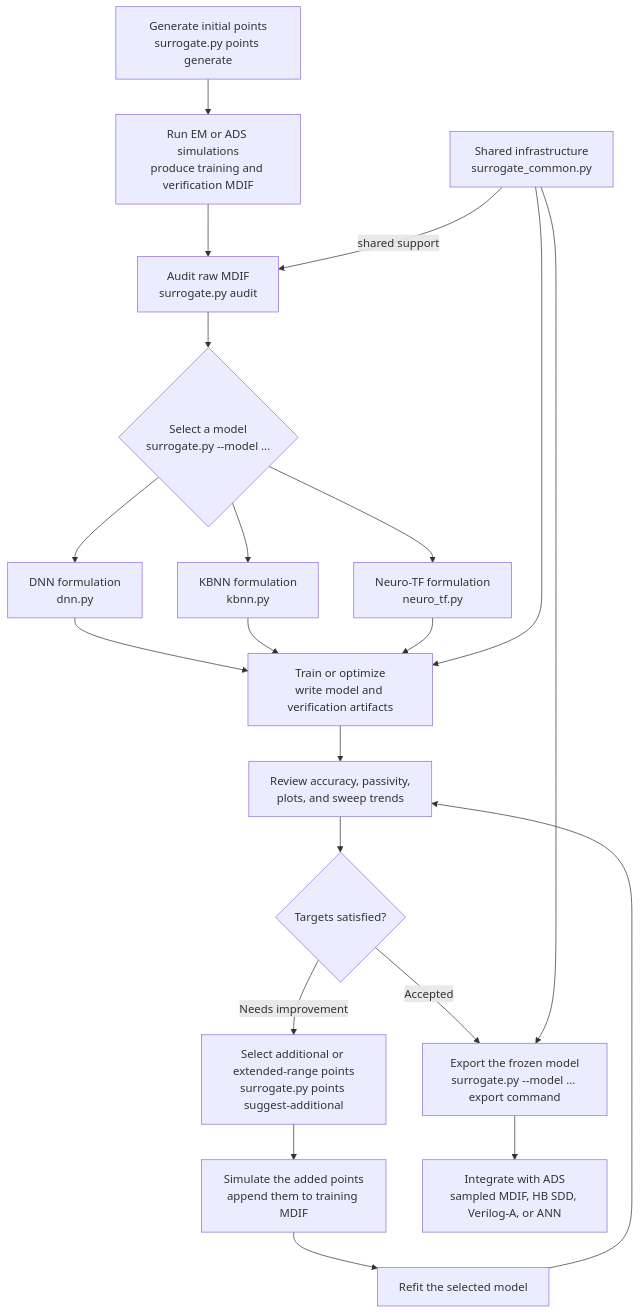
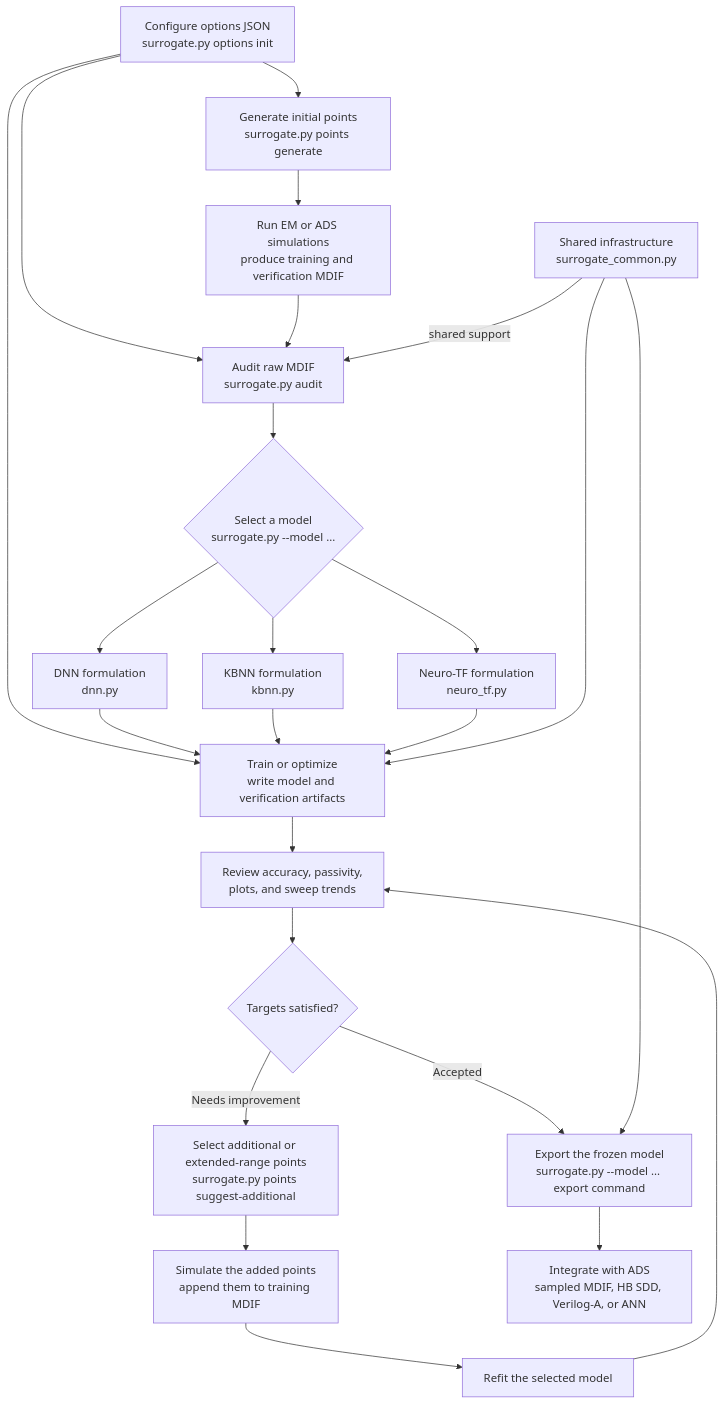
Before and after one commit to whipstein/ads-ann-surrogate: the diagram in README.md, drawn with Mermaid. The commit also changed other lines of this file and 5 other files, not shown here.

````diff
--- a/README.md
+++ b/README.md
@@ -8,55 +8,60 @@
 ```mermaid
 flowchart TD
+    CONFIG["Configure options JSON<br/>surrogate.py options init"]
     POINTS["Generate initial points<br/>surrogate.py points generate"]
     SIM["Run EM or ADS simulations<br/>produce training and verification MDIF"]
     AUDIT["Audit raw MDIF<br/>surrogate.py audit"]
     CLI{"Select a model<br/>surrogate.py --model ..."}
 
     DNN["DNN formulation<br/>dnn.py"]
     KBNN["KBNN formulation<br/>kbnn.py"]
     NTF["Neuro-TF formulation<br/>neuro_tf.py"]
     FIT["Train or optimize<br/>write model and verification artifacts"]
     VERIFY["Review accuracy, passivity,<br/>plots, and sweep trends"]
     ACCEPT{"Targets satisfied?"}
 
     UPDATE["Select additional or extended-range points<br/>surrogate.py points suggest-additional"]
     SIMNEW["Simulate the added points<br/>append them to training MDIF"]
     REFIT["Refit the selected model"]
 
     EXPORT["Export the frozen model<br/>surrogate.py --model ... export command"]
     ADS["Integrate with ADS<br/>sampled MDIF, HB SDD, Verilog-A, or ANN"]
     COMMON["Shared infrastructure<br/>surrogate_common.py"]
 
+    CONFIG --> POINTS
+    CONFIG --> AUDIT
+    CONFIG --> FIT
     POINTS --> SIM --> AUDIT --> CLI
     CLI --> DNN
     CLI --> KBNN
     CLI --> NTF
     DNN --> FIT
     KBNN --> FIT
     NTF --> FIT
     FIT --> VERIFY --> ACCEPT
     ACCEPT -->|Needs improvement| UPDATE
     UPDATE --> SIMNEW --> REFIT --> VERIFY
     ACCEPT -->|Accepted| EXPORT --> ADS
 
     COMMON -->|shared support| AUDIT
     COMMON --> FIT
     COMMON --> EXPORT
 
-    click POINTS href "README.md#1-generate-initial-points" "Open initial point generation"
-    click SIM href "README.md#2-simulate-and-audit-the-dataset" "Open simulation and input-data requirements"
-    click AUDIT href "README.md#audit-training-and-verification-data" "Open dataset auditing"
-    click CLI href "README.md#unified-model-cli" "Open the unified model CLI"
-    click DNN href "README.md#b3-dnn-direct-response-surrogate" "Open the DNN formulation"
-    click KBNN href "README.md#b4-kbnn-fitted-coarse-knowledge-based-surrogate" "Open the KBNN formulation"
-    click NTF href "README.md#b5-neuro-tf-fixed-pole-rational-coefficient-surrogate" "Open the Neuro-TF formulation"
-    click FIT href "README.md#shared-training-and-optimization-workflow" "Open fitting and optimization"
-    click VERIFY href "README.md#fitting-output-artifacts" "Open fitting and verification outputs"
-    click ACCEPT href "README.md#5-refit-and-iterate" "Open the iteration criteria"
-    click UPDATE href "README.md#4-update-or-extend-the-sampling-points" "Open point updating"
-    click SIMNEW href "README.md#5-refit-and-iterate" "Open the refitting loop"
-    click REFIT href "README.md#5-refit-and-iterate" "Open the refitting loop"
-    click EXPORT href "README.md#export-commands" "Open model export commands"
-    click ADS href "README.md#choose-the-ads-handoff" "Open ADS integration choices"
-    click COMMON href "README.md#repository-layout" "Open the repository layout"
+    click CONFIG "README.md#configure-the-workflow-with-optionsjson"
+    click POINTS "README.md#1-generate-initial-points"
+    click SIM "README.md#2-simulate-and-audit-the-dataset"
+    click AUDIT "README.md#audit-training-and-verification-data"
+    click CLI "README.md#unified-model-cli"
+    click DNN "README.md#b3-dnn-direct-response-surrogate"
+    click KBNN "README.md#b4-kbnn-fitted-coarse-knowledge-based-surrogate"
+    click NTF "README.md#b5-neuro-tf-fixed-pole-rational-coefficient-surrogate"
+    click FIT "README.md#shared-training-and-optimization-workflow"
+    click VERIFY "README.md#fitting-output-artifacts"
+    click ACCEPT "README.md#5-refit-and-iterate"
+    click UPDATE "README.md#4-update-or-extend-the-sampling-points"
+    click SIMNEW "README.md#5-refit-and-iterate"
+    click REFIT "README.md#5-refit-and-iterate"
+    click EXPORT "README.md#export-commands"
+    click ADS "README.md#choose-the-ads-handoff"
+    click COMMON "README.md#repository-layout"
 ```
````
